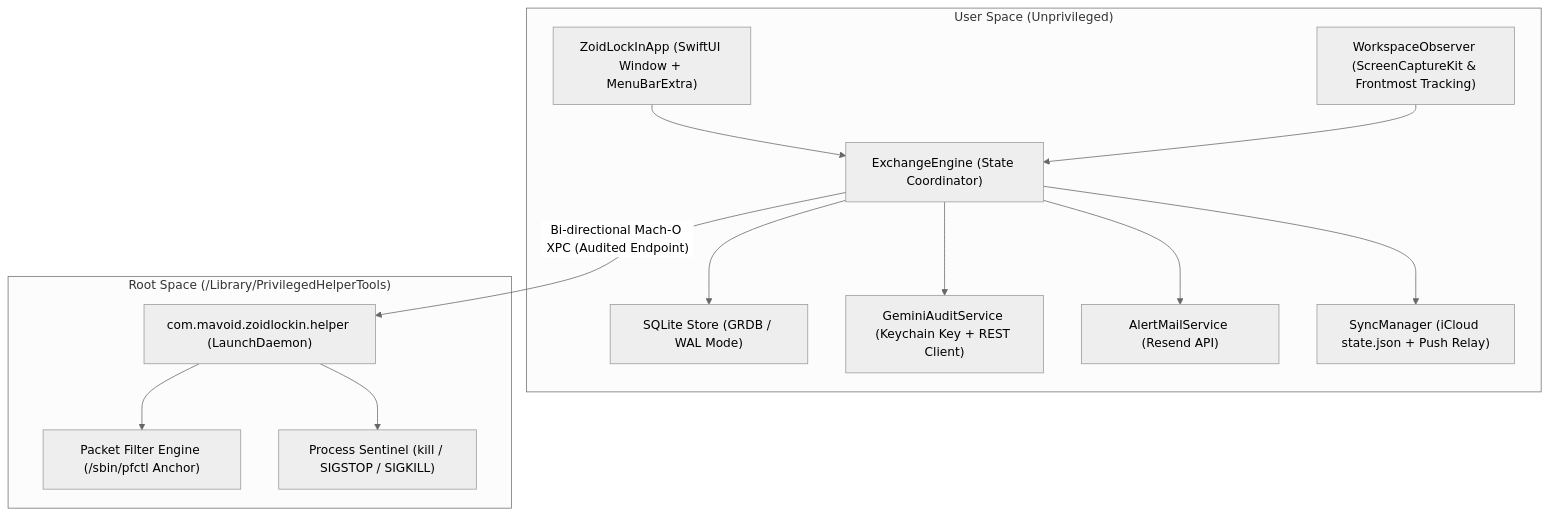
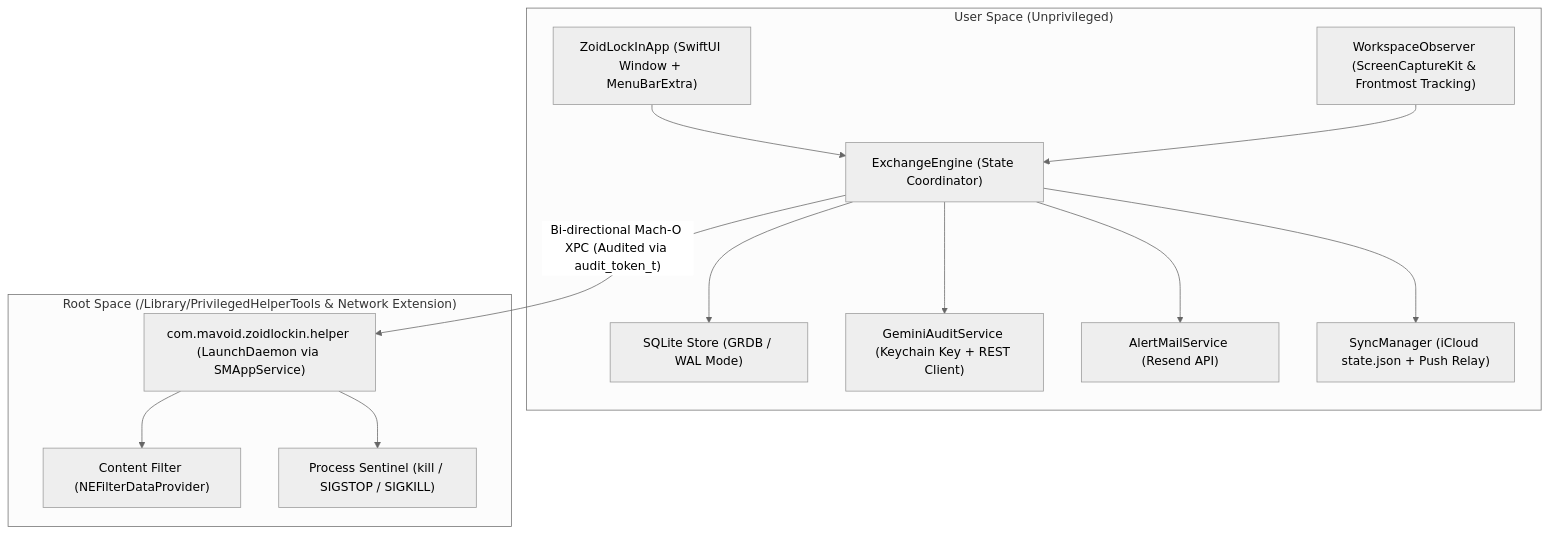
Before and after one commit to Ziad-NasrEldin/Zoid-Lock-In: the first of 2 diagrams in SPEC.md, drawn with Mermaid (neutral theme). The commit also changed other lines of this file and 2 other files, not shown here.

Commit message:
chore(spec): harden architecture with SMAppService, NEFilterDataProvider, NTP clock baseline, and idle event detection

````diff
--- a/SPEC.md
+++ b/SPEC.md
@@ -7,29 +7,29 @@
 ```mermaid
 flowchart TD
     subgraph UserSpace ["User Space (Unprivileged)"]
         UI["ZoidLockInApp (SwiftUI Window + MenuBarExtra)"]
         Engine["ExchangeEngine (State Coordinator)"]
         Store["SQLite Store (GRDB / WAL Mode)"]
         Observer["WorkspaceObserver (ScreenCaptureKit & Frontmost Tracking)"]
         GeminiClient["GeminiAuditService (Keychain Key + REST Client)"]
         MailClient["AlertMailService (Resend API)"]
         SyncManager["SyncManager (iCloud state.json + Push Relay)"]
     end
 
-    subgraph PrivilegedSpace ["Root Space (/Library/PrivilegedHelperTools)"]
-        Daemon["com.mavoid.zoidlockin.helper (LaunchDaemon)"]
-        PF["Packet Filter Engine (/sbin/pfctl Anchor)"]
+    subgraph PrivilegedSpace ["Root Space (/Library/PrivilegedHelperTools & Network Extension)"]
+        Daemon["com.mavoid.zoidlockin.helper (LaunchDaemon via SMAppService)"]
+        NetExt["Content Filter (NEFilterDataProvider)"]
         ProcKiller["Process Sentinel (kill / SIGSTOP / SIGKILL)"]
     end
 
     UI --> Engine
     Engine --> Store
     Observer --> Engine
     Engine --> GeminiClient
     Engine --> MailClient
     Engine --> SyncManager
 
-    Engine -- "Bi-directional Mach-O XPC (Audited Endpoint)" --> Daemon
-    Daemon --> PF
+    Engine -- "Bi-directional Mach-O XPC (Audited via audit_token_t)" --> Daemon
+    Daemon --> NetExt
     Daemon --> ProcKiller
 ```
````
